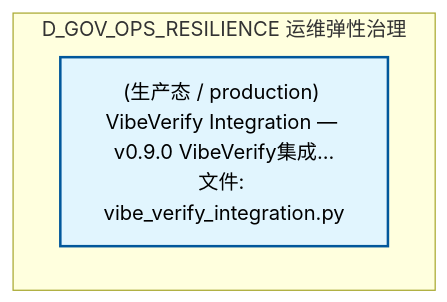
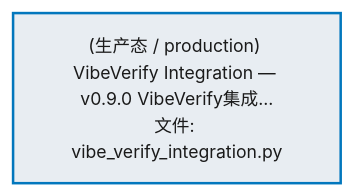
The fourth of 6 diagrams in docs/02_enterprise_architecture/02_domain_architecture_docs/20_d_gov_ops_resilience.md (xuanFelixVan/ZephyrAlpha), drawn with Mermaid before and after one commit. The commit also changed other lines of this file and 76 other files, not shown here.

````diff
--- a/docs/02_enterprise_architecture/02_domain_architecture_docs/20_d_gov_ops_resilience.md
+++ b/docs/02_enterprise_architecture/02_domain_architecture_docs/20_d_gov_ops_resilience.md
@@ -402,11 +483,10 @@
 ```mermaid
-graph TD
-    subgraph D_GOV_OPS_RESILIENCE["D_GOV_OPS_RESILIENCE 运维弹性治理"]
-        src_zephyr_governance_security_governance_vibe_verify_integration_py["(生产态 / production) VibeVerify Integration — v0.9.0 VibeVerify集成...<br/>文件: vibe_verify_integration.py"]
-    end
-    classDef production fill:#e1f5fe,stroke:#01579b,stroke-width:2px,color:#000
-    classDef design fill:#fff3e0,stroke:#e65100,stroke-width:2px,color:#000,stroke-dasharray: 5 5
-    classDef external_prod fill:#e8f5e9,stroke:#1b5e20,stroke-width:1px,color:#000
-    classDef external_design fill:#fce4ec,stroke:#880e4f,stroke-width:1px,color:#000,stroke-dasharray: 5 5
+%%{init: {'theme': 'base', 'themeVariables': {'primaryColor': '#eaeaea', 'primaryTextColor': '#333333', 'primaryBorderColor': '#666666', 'lineColor': '#666666', 'secondaryColor': '#eaeaea', 'tertiaryColor': '#eaeaea', 'fontSize': '14px'}}}%%
+flowchart TD
+    src_zephyr_governance_security_governance_vibe_verify_integration_py["(生产态 / production) VibeVerify Integration — v0.9.0 VibeVerify集成...<br/>文件: vibe_verify_integration.py"]
+    classDef production fill:#e8edf2,stroke:#0277bd,stroke-width:2px,color:#1a1a1a
+    classDef design fill:#f0ebe3,stroke:#bf360c,stroke-width:2px,color:#1a1a1a,stroke-dasharray: 5 5
+    classDef external_prod fill:#e8efe9,stroke:#1b5e20,stroke-width:1px,color:#1a1a1a
+    classDef external_design fill:#efe5ea,stroke:#880e4f,stroke-width:1px,color:#1a1a1a,stroke-dasharray: 5 5
     class src_zephyr_governance_security_governance_vibe_verify_integration_py production
 ```
````
